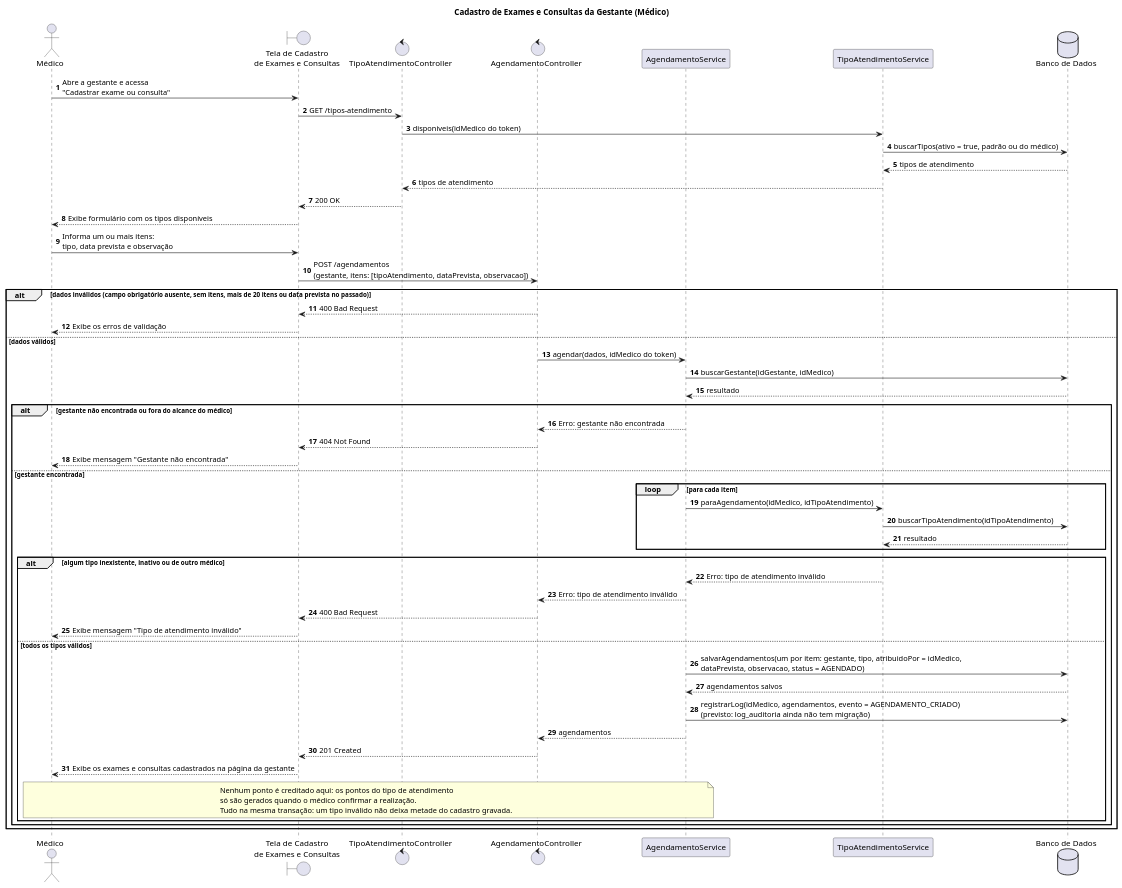
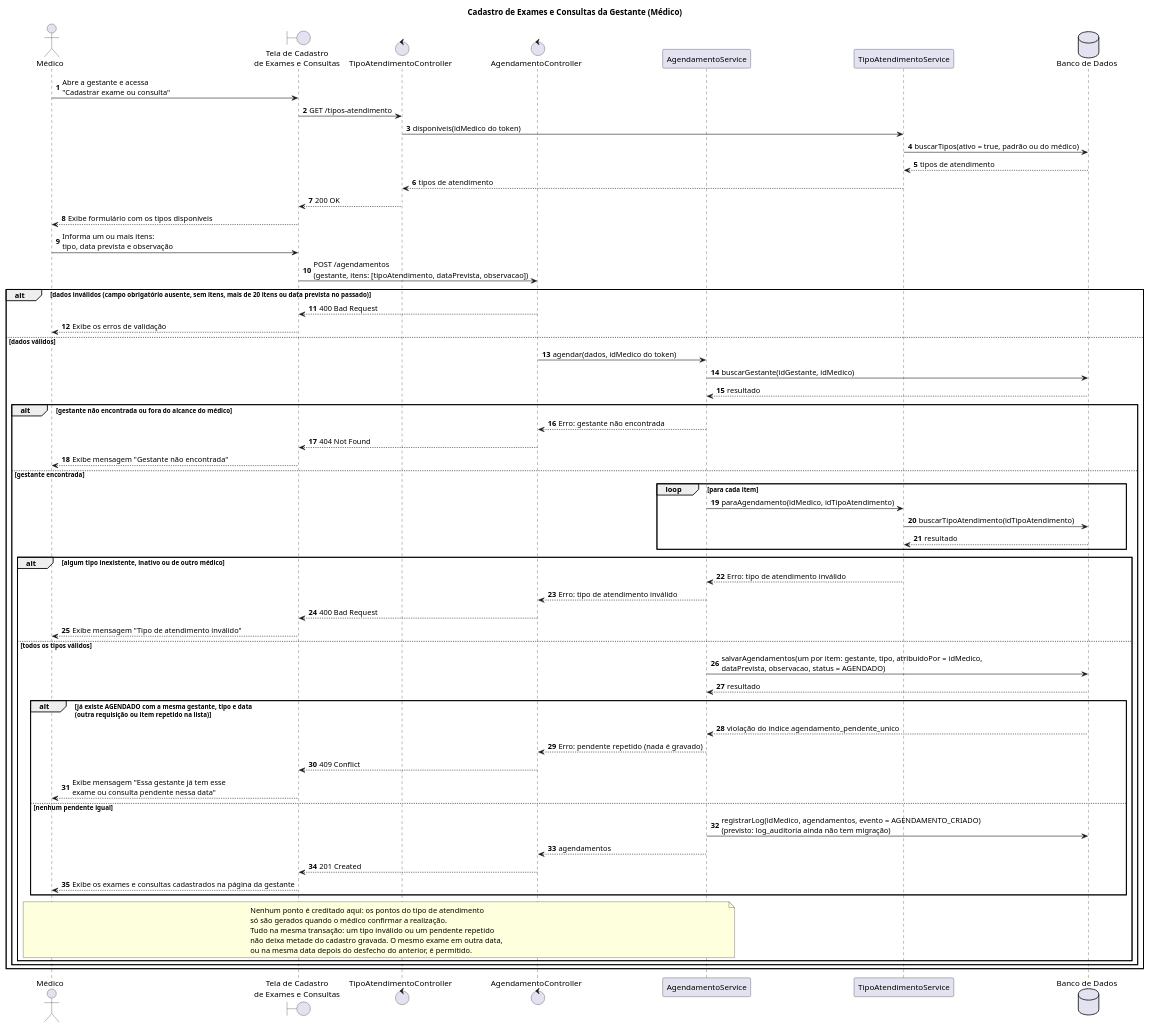
The diagram in docs/sequence-diagrams/cadastro-exame-consulta/cadastro-exame-consulta.puml (CozyShelf/previna-backend), drawn with PlantUML before and after one commit. The commit also changed 3 other files, not shown here.

Commit message:
docs: agendamento pendente único e o 409 do cadastro repetido

```diff
--- a/docs/sequence-diagrams/cadastro-exame-consulta/cadastro-exame-consulta.puml
+++ b/docs/sequence-diagrams/cadastro-exame-consulta/cadastro-exame-consulta.puml
@@ -1,65 +1,75 @@
 @startuml cadastro-exame-consulta
 title Cadastro de Exames e Consultas da Gestante (Médico)
 autonumber
 
 actor "Médico" as Medico
 boundary "Tela de Cadastro\nde Exames e Consultas" as Tela
 control "TipoAtendimentoController" as TipoController
 control "AgendamentoController" as Controller
 participant "AgendamentoService" as Service
 participant "TipoAtendimentoService" as Tipos
 database "Banco de Dados" as BD
 
 Medico -> Tela : Abre a gestante e acessa\n"Cadastrar exame ou consulta"
 Tela -> TipoController : GET /tipos-atendimento
 TipoController -> Tipos : disponiveis(idMedico do token)
 Tipos -> BD : buscarTipos(ativo = true, padrão ou do médico)
 BD --> Tipos : tipos de atendimento
 Tipos --> TipoController : tipos de atendimento
 TipoController --> Tela : 200 OK
 Tela --> Medico : Exibe formulário com os tipos disponíveis
 
 Medico -> Tela : Informa um ou mais itens:\ntipo, data prevista e observação
 Tela -> Controller : POST /agendamentos\n(gestante, itens: [tipoAtendimento, dataPrevista, observacao])
 
 alt dados inválidos (campo obrigatório ausente, sem itens, mais de 20 itens ou data prevista no passado)
     Controller --> Tela : 400 Bad Request
     Tela --> Medico : Exibe os erros de validação
 else dados válidos
     Controller -> Service : agendar(dados, idMedico do token)
     Service -> BD : buscarGestante(idGestante, idMedico)
     BD --> Service : resultado
 
     alt gestante não encontrada ou fora do alcance do médico
         Service --> Controller : Erro: gestante não encontrada
         Controller --> Tela : 404 Not Found
         Tela --> Medico : Exibe mensagem "Gestante não encontrada"
     else gestante encontrada
         loop para cada item
             Service -> Tipos : paraAgendamento(idMedico, idTipoAtendimento)
             Tipos -> BD : buscarTipoAtendimento(idTipoAtendimento)
             BD --> Tipos : resultado
         end
 
         alt algum tipo inexistente, inativo ou de outro médico
             Tipos --> Service : Erro: tipo de atendimento inválido
             Service --> Controller : Erro: tipo de atendimento inválido
             Controller --> Tela : 400 Bad Request
             Tela --> Medico : Exibe mensagem "Tipo de atendimento inválido"
         else todos os tipos válidos
             Service -> BD : salvarAgendamentos(um por item: gestante, tipo, atribuidoPor = idMedico,\ndataPrevista, observacao, status = AGENDADO)
-            BD --> Service : agendamentos salvos
-            Service -> BD : registrarLog(idMedico, agendamentos, evento = AGENDAMENTO_CRIADO)\n(previsto: log_auditoria ainda não tem migração)
-            Service --> Controller : agendamentos
-            Controller --> Tela : 201 Created
-            Tela --> Medico : Exibe os exames e consultas cadastrados na página da gestante
+            BD --> Service : resultado
+
+            alt já existe AGENDADO com a mesma gestante, tipo e data\n(outra requisição ou item repetido na lista)
+                BD --> Service : violação do índice agendamento_pendente_unico
+                Service --> Controller : Erro: pendente repetido (nada é gravado)
+                Controller --> Tela : 409 Conflict
+                Tela --> Medico : Exibe mensagem "Essa gestante já tem esse\nexame ou consulta pendente nessa data"
+            else nenhum pendente igual
+                Service -> BD : registrarLog(idMedico, agendamentos, evento = AGENDAMENTO_CRIADO)\n(previsto: log_auditoria ainda não tem migração)
+                Service --> Controller : agendamentos
+                Controller --> Tela : 201 Created
+                Tela --> Medico : Exibe os exames e consultas cadastrados na página da gestante
+            end
             note over Medico, Service
                 Nenhum ponto é creditado aqui: os pontos do tipo de atendimento
                 só são gerados quando o médico confirmar a realização.
-                Tudo na mesma transação: um tipo inválido não deixa metade do cadastro gravada.
+                Tudo na mesma transação: um tipo inválido ou um pendente repetido
+                não deixa metade do cadastro gravada. O mesmo exame em outra data,
+                ou na mesma data depois do desfecho do anterior, é permitido.
             end note
         end
     end
 end
 
 @enduml
```
